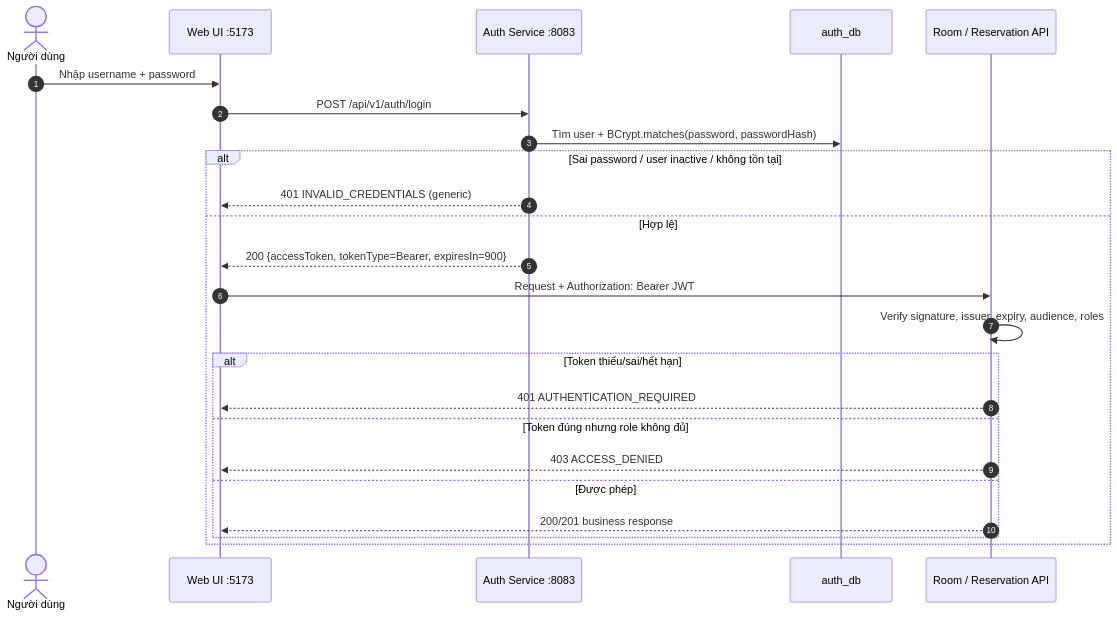
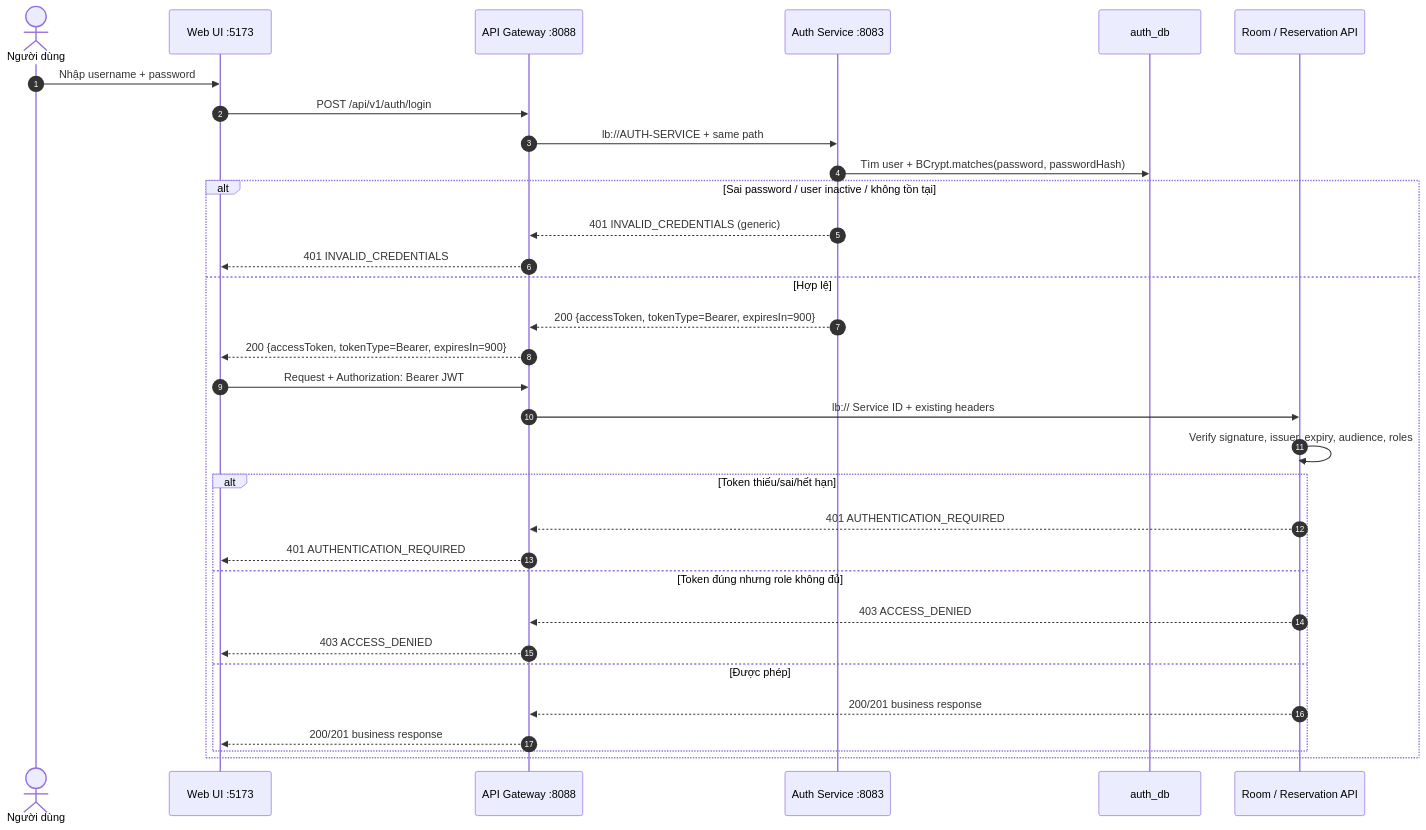
The third of 6 diagrams in README.md (luugiabaocreate-gif/soa-room-reservation), drawn with Mermaid before and after one commit. The commit also changed other lines of this file and 44 other files, not shown here.

````diff
--- a/README.md
+++ b/README.md
@@ -145,27 +155,35 @@
 ```mermaid
 sequenceDiagram
     autonumber
     actor User as Người dùng
     participant UI as Web UI :5173
+    participant GW as API Gateway :8088
     participant Auth as Auth Service :8083
     participant DB as auth_db
     participant API as Room / Reservation API
 
     User->>UI: Nhập username + password
-    UI->>Auth: POST /api/v1/auth/login
+    UI->>GW: POST /api/v1/auth/login
+    GW->>Auth: lb://AUTH-SERVICE + same path
     Auth->>DB: Tìm user + BCrypt.matches(password, passwordHash)
     alt Sai password / user inactive / không tồn tại
-        Auth-->>UI: 401 INVALID_CREDENTIALS (generic)
+        Auth-->>GW: 401 INVALID_CREDENTIALS (generic)
+        GW-->>UI: 401 INVALID_CREDENTIALS
     else Hợp lệ
-        Auth-->>UI: 200 {accessToken, tokenType=Bearer, expiresIn=900}
-        UI->>API: Request + Authorization: Bearer JWT
+        Auth-->>GW: 200 {accessToken, tokenType=Bearer, expiresIn=900}
+        GW-->>UI: 200 {accessToken, tokenType=Bearer, expiresIn=900}
+        UI->>GW: Request + Authorization: Bearer JWT
+        GW->>API: lb:// Service ID + existing headers
         API->>API: Verify signature, issuer, expiry, audience, roles
         alt Token thiếu/sai/hết hạn
-            API-->>UI: 401 AUTHENTICATION_REQUIRED
+            API-->>GW: 401 AUTHENTICATION_REQUIRED
+            GW-->>UI: 401 AUTHENTICATION_REQUIRED
         else Token đúng nhưng role không đủ
-            API-->>UI: 403 ACCESS_DENIED
+            API-->>GW: 403 ACCESS_DENIED
+            GW-->>UI: 403 ACCESS_DENIED
         else Được phép
-            API-->>UI: 200/201 business response
+            API-->>GW: 200/201 business response
+            GW-->>UI: 200/201 business response
         end
     end
 ```
````
